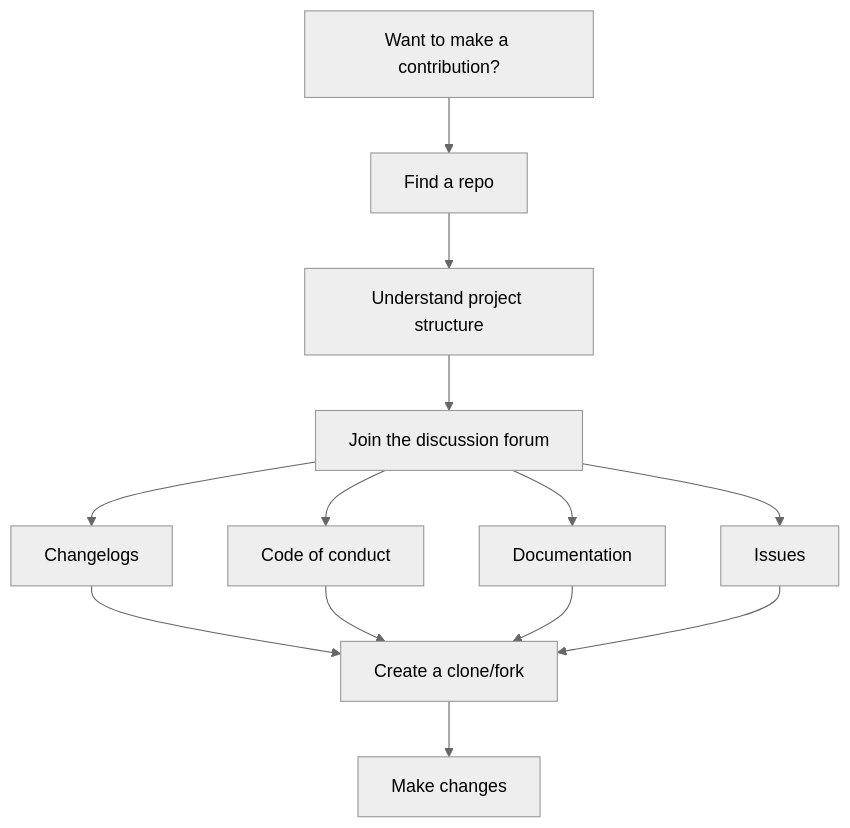
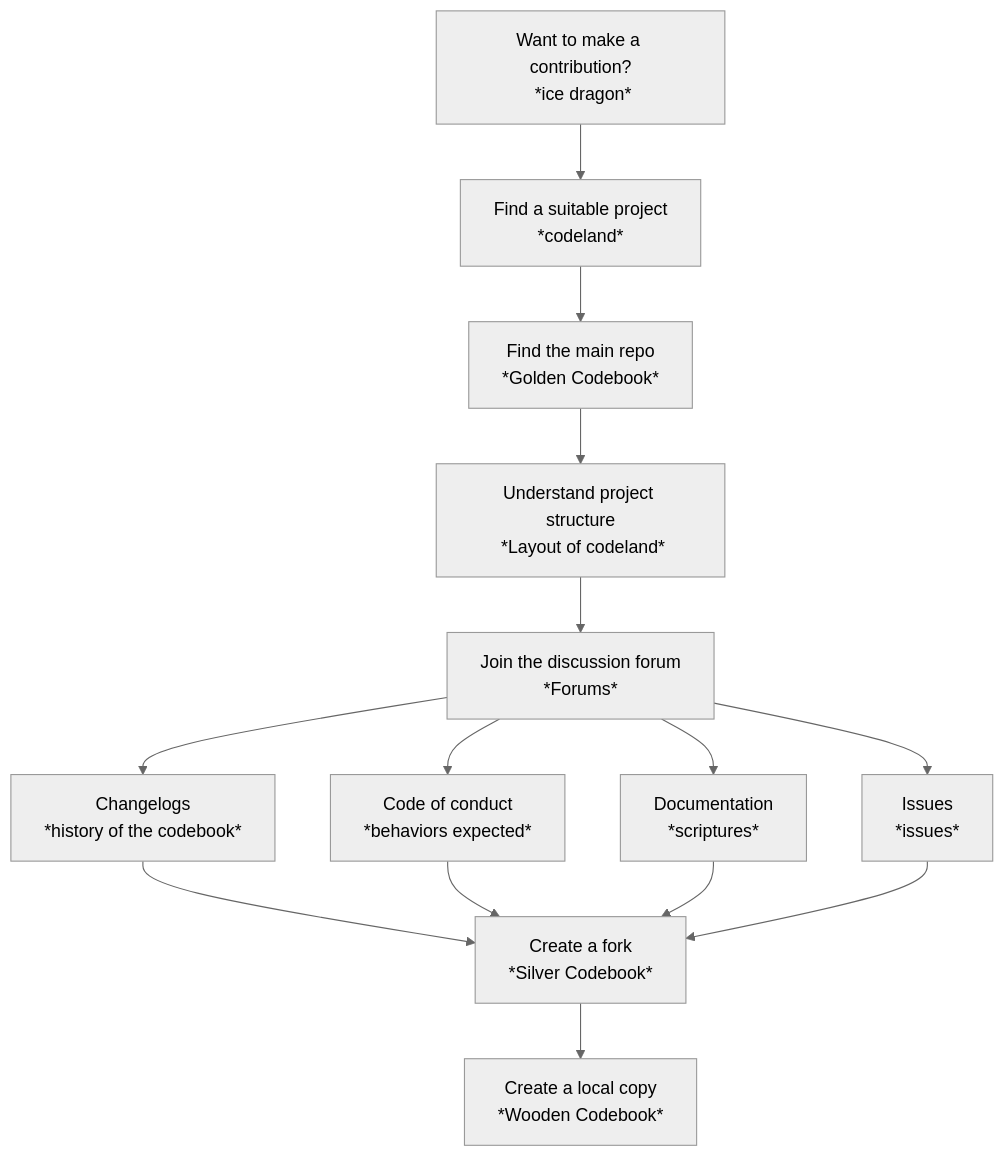
The sixth of 8 diagrams in docs/graphs_kitty.md (Prashant528/sample_story_for_storytelling), drawn with Mermaid (neutral theme) before and after one commit. The commit also changed other lines of this file and 13 other files, not shown here.

Commit message:
Modified the graph

````diff
--- a/docs/graphs_kitty.md
+++ b/docs/graphs_kitty.md
@@ -64,17 +86,18 @@
 ```mermaid
 graph TD
-A[Want to make a contribution?]
-A --> B[Find a repo]
-B --> C[Understand project structure] 
-C --> D[Join the discussion forum]
-D --> E[Changelogs]
-D --> F[Code of conduct]
-D --> G[Documentation]
-D --> H[Issues]
-E --> I[Create a clone/fork]
+A[Want to make a contribution?\n *ice dragon*]
+A --> N[Find a suitable project\n *codeland*]
+N --> B[Find the main repo \n *Golden Codebook*]
+B --> C[Understand project structure\n *Layout of codeland*] 
+C --> D[Join the discussion forum \n *Forums*]
+D --> E[Changelogs \n *history of the codebook*]
+D --> F[Code of conduct \n *behaviors expected*]
+D --> G[Documentation \n *scriptures* ]
+D --> H[Issues \n *issues*]
+E --> I[Create a fork \n *Silver Codebook*]
 F --> I 
 G --> I 
 H --> I 
-I --> J[Make changes]
+I --> J[Create a local copy \n *Wooden Codebook*]
 
 ```
````
